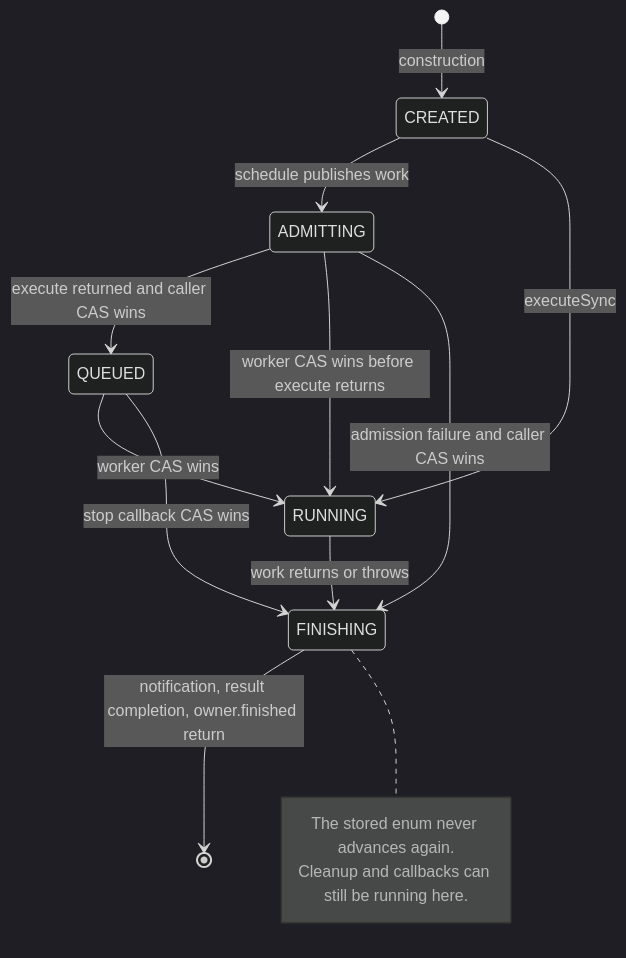
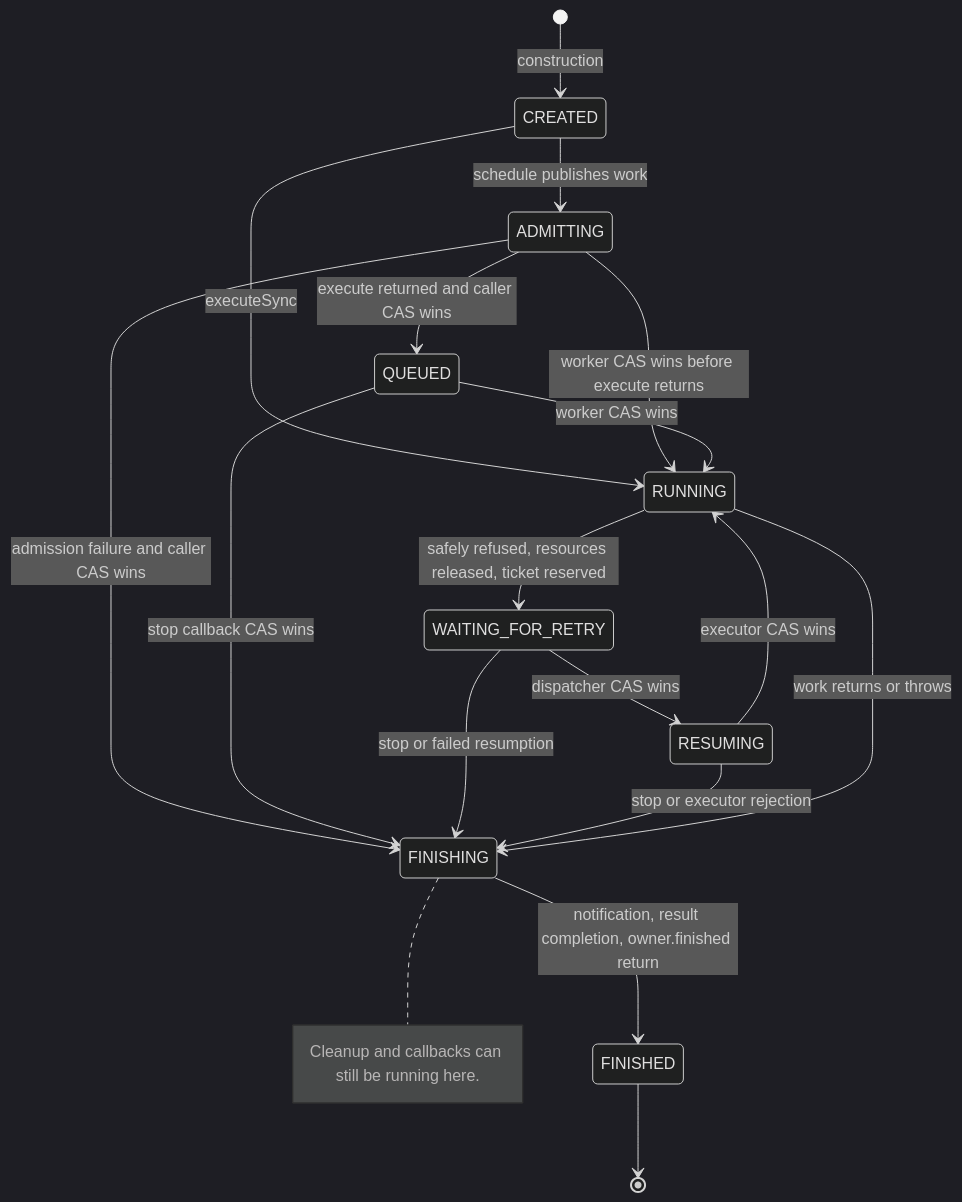
Before and after one commit to bbottema/simple-java-mail: the first of 3 diagrams in docs/concurrency/01-send-operation.md, drawn with Mermaid (dark theme). The commit also changed other lines of this file and 24 other files, not shown here.

Commit message:
docs(architecture): record retry ownership and API construction boundaries (#756)

````diff
--- a/docs/concurrency/01-send-operation.md
+++ b/docs/concurrency/01-send-operation.md
@@ -23,17 +23,22 @@
 ```mermaid
 stateDiagram-v2
     [*] --> CREATED: construction
     CREATED --> ADMITTING: schedule publishes work
     CREATED --> RUNNING: executeSync
     ADMITTING --> QUEUED: execute returned and caller CAS wins
     ADMITTING --> RUNNING: worker CAS wins before execute returns
     ADMITTING --> FINISHING: admission failure and caller CAS wins
     QUEUED --> RUNNING: worker CAS wins
     QUEUED --> FINISHING: stop callback CAS wins
+    RUNNING --> WAITING_FOR_RETRY: safely refused, resources released, ticket reserved
+    WAITING_FOR_RETRY --> RESUMING: dispatcher CAS wins
+    RESUMING --> RUNNING: executor CAS wins
+    WAITING_FOR_RETRY --> FINISHING: stop or failed resumption
+    RESUMING --> FINISHING: stop or executor rejection
     RUNNING --> FINISHING: work returns or throws
-    FINISHING --> [*]: notification, result completion, owner.finished return
+    FINISHING --> FINISHED: notification, result completion, owner.finished return
+    FINISHED --> [*]
     note right of FINISHING
-        The stored enum never advances again.
         Cleanup and callbacks can still be running here.
     end note
 ```
````
